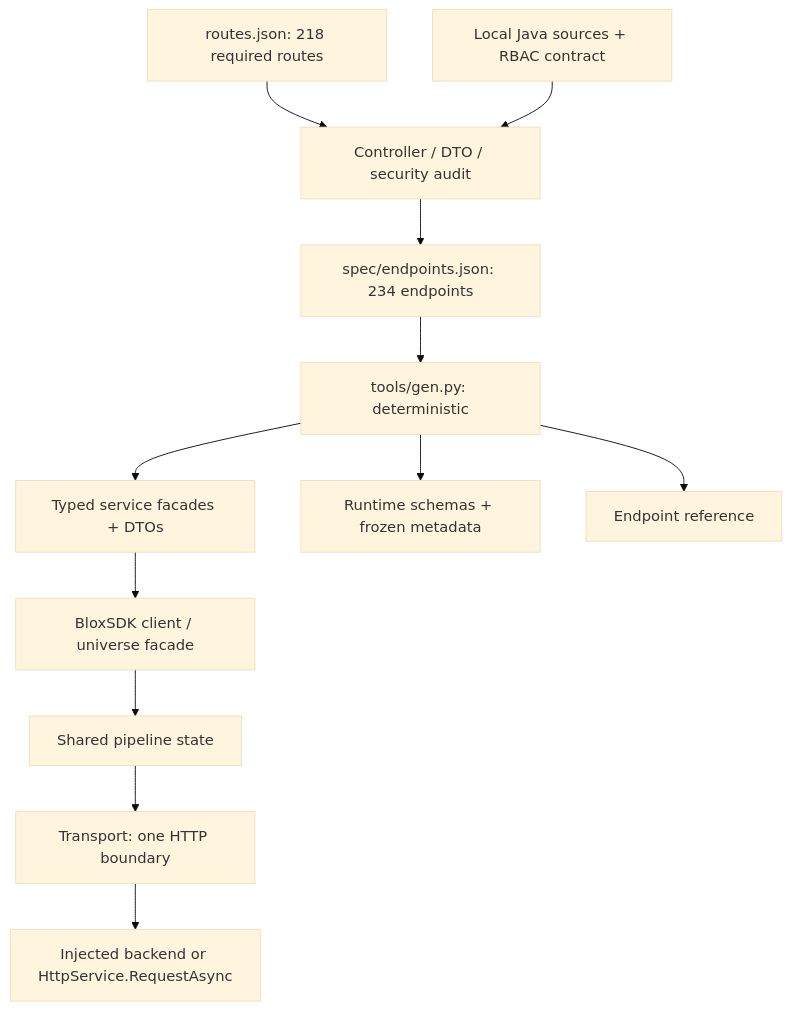
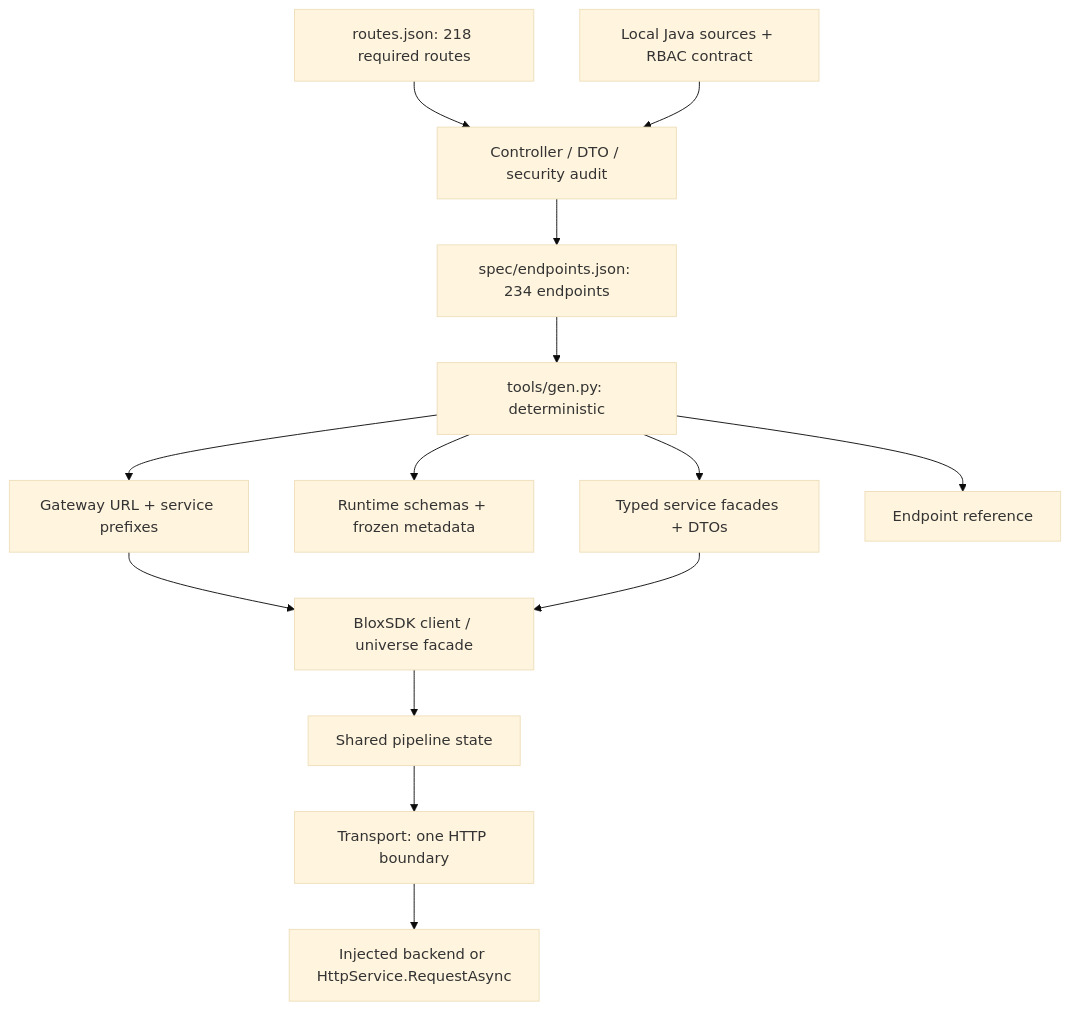
Before and after one commit to samjay22/blox-sdk: the first of 2 diagrams in docs/ARCHITECTURE.md, drawn with Mermaid (base theme). The commit also changed other lines of this file and 41 other files, not shown here.

First line of the commit message:
Route every service through the lb1 gateway

````diff
--- a/docs/ARCHITECTURE.md
+++ b/docs/ARCHITECTURE.md
@@ -3,14 +3,16 @@
 ```mermaid
 flowchart TD
   Routes[routes.json: 218 required routes] --> Audit[Controller / DTO / security audit]
   Java[Local Java sources + RBAC contract] --> Audit
   Audit --> Spec[spec/endpoints.json: 234 endpoints]
   Spec --> Generator[tools/gen.py: deterministic]
   Generator --> Services[Typed service facades + DTOs]
   Generator --> Schemas[Runtime schemas + frozen metadata]
+  Generator --> Routing[Gateway URL + service prefixes]
+  Routing --> Client
   Generator --> Reference[Endpoint reference]
   Services --> Client[BloxSDK client / universe facade]
   Client --> Pipeline[Shared pipeline state]
   Pipeline --> Transport[Transport: one HTTP boundary]
   Transport --> Backend[Injected backend or HttpService.RequestAsync]
 ```
````
